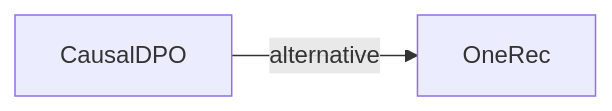
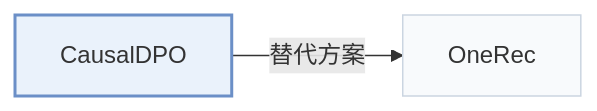
Before and after one commit to Galaxy-ghost/Awesome-SID-Generative-Rec: the second of 2 diagrams in pages/zh/papers/causaldpo.md, drawn with Mermaid. The commit also changed other lines of this file and 649 other files, not shown here.

Commit message:
writer-05: also tags and modality index (schema, check, build, visuals); summary field removed; calibration data for 12 papers

````diff
--- a/pages/zh/papers/causaldpo.md
+++ b/pages/zh/papers/causaldpo.md
@@ -67,5 +74,9 @@
 ```mermaid
 flowchart LR
     P["CausalDPO"]
-    P -->|alternative| A["OneRec"]
+    P -->|"替代方案"| A["OneRec"]
+    classDef main fill:#eaf2fb,stroke:#6b8fc7,stroke-width:2px
+    classDef peer fill:#f8fafc,stroke:#cbd5e1
+    class P main
+    class A peer
 ```
````
